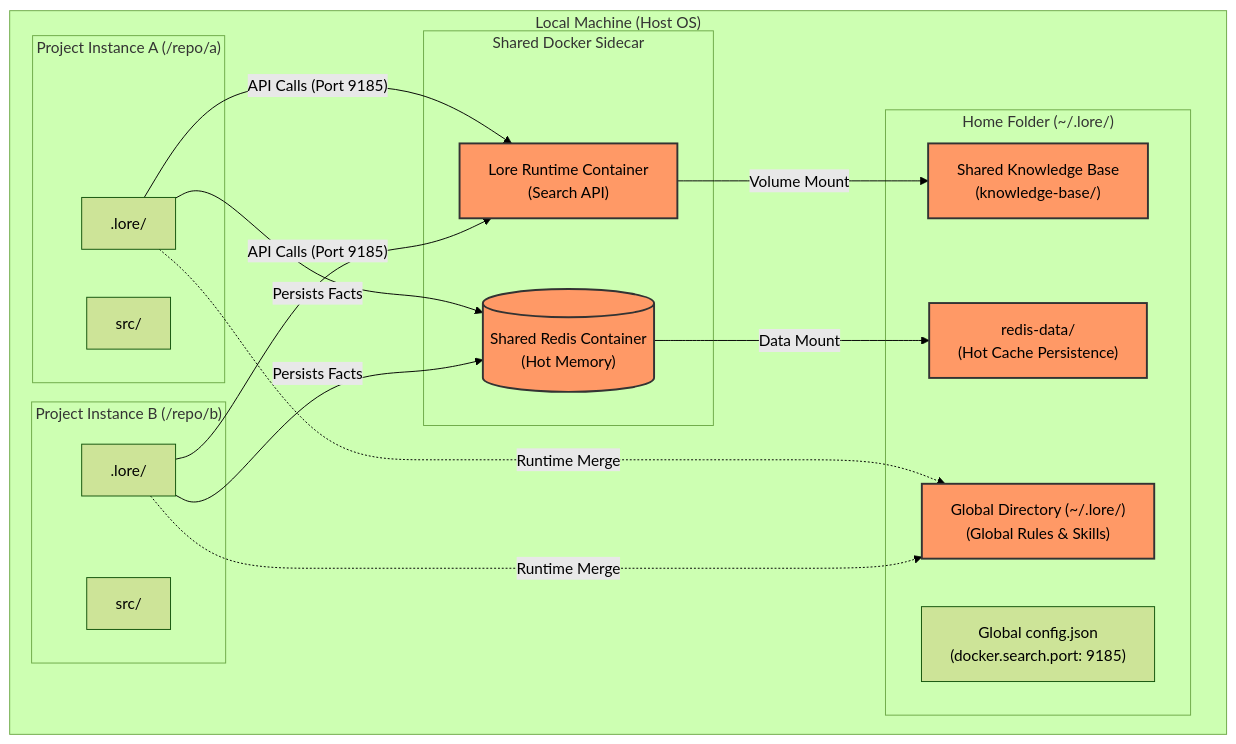
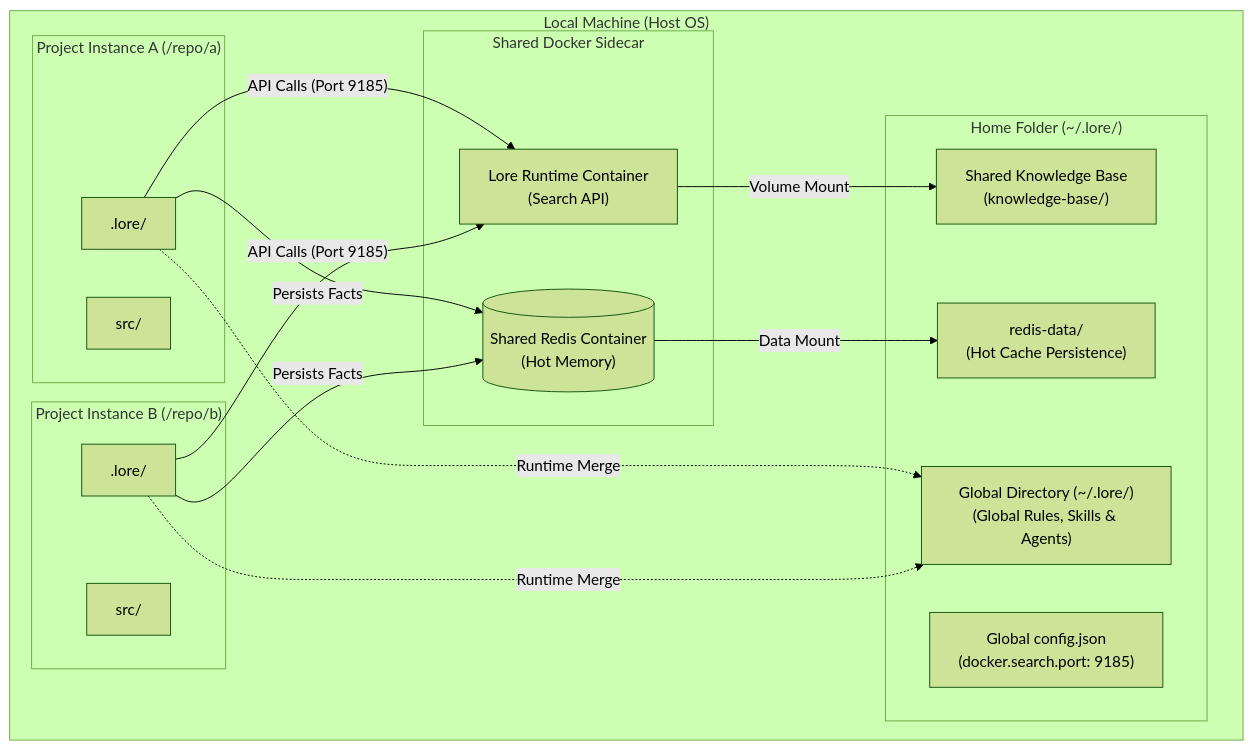
Before and after one commit to lorehq/lore-docs: the diagram in src/content/explanation/topology.md, drawn with Mermaid (forest theme). The commit also changed other lines of this file and 17 other files, not shown here.

````diff
--- a/src/content/explanation/topology.md
+++ b/src/content/explanation/topology.md
@@ -11,50 +11,47 @@
 ```mermaid
 graph TD
     subgraph "Local Machine (Host OS)"
         subgraph "Home Folder (~/.lore/)"
             GlobalDir["Global Directory (~/.lore/)
-(Global Rules & Skills)"]
+(Global Rules, Skills & Agents)"]
             SharedKB["Shared Knowledge Base
 (knowledge-base/)"]
             GlobalConfig["Global config.json
 (docker.search.port: 9185)"]
             RedisData["redis-data/
 (Hot Cache Persistence)"]
         end
 
         subgraph "Project Instance A (/repo/a)"
             PA[".lore/"]
             SA["src/"]
         end
 
         subgraph "Project Instance B (/repo/b)"
             PB[".lore/"]
             SB["src/"]
         end
 
         subgraph "Shared Docker Sidecar"
             Runtime["Lore Runtime Container
 (Search API)"]
             Redis[("Shared Redis Container
 (Hot Memory)")]
         end
     end
 
     %% Connection to Shared Services
     PA --> |"API Calls (Port 9185)"| Runtime
     PB --> |"API Calls (Port 9185)"| Runtime
     
     PA --> |"Persists Facts"| Redis
     PB --> |"Persists Facts"| Redis
 
     %% Data Sourcing
     Runtime --> |"Volume Mount"| SharedKB
     Redis --> |"Data Mount"| RedisData
     
     %% Merge Logic
     PA -.-> |"Runtime Merge"| GlobalDir
     PB -.-> |"Runtime Merge"| GlobalDir
-
-    classDef shared fill:#f96,stroke:#333,stroke-width:2px;
-    class Runtime,Redis,SharedKB,GlobalDir,RedisData shared;
 ```
````
